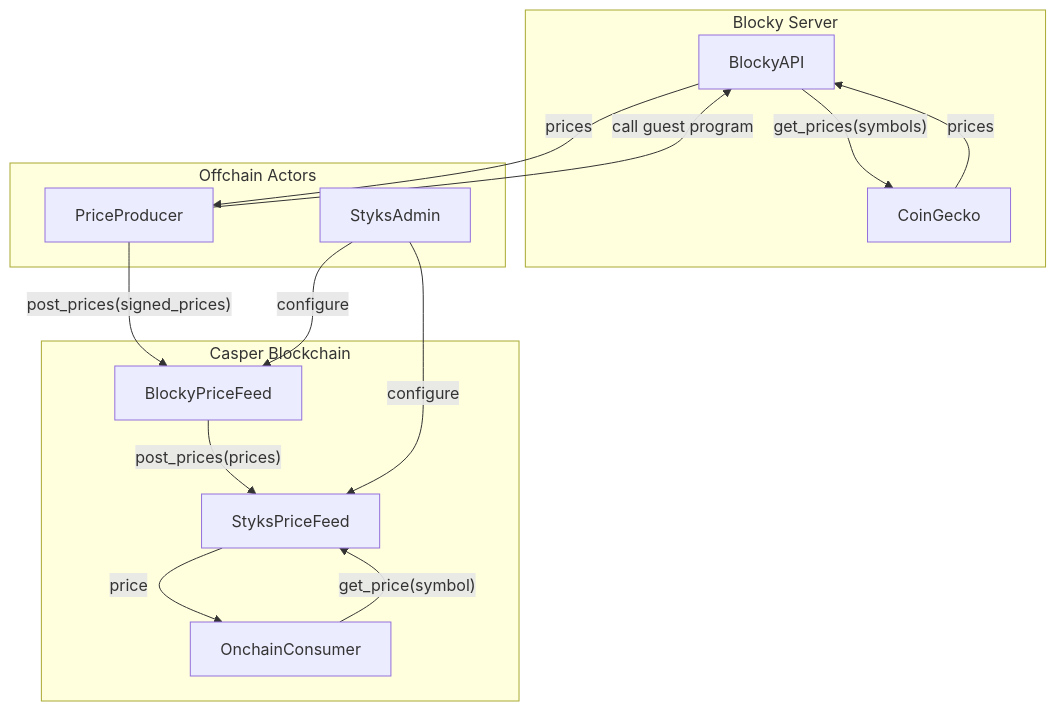
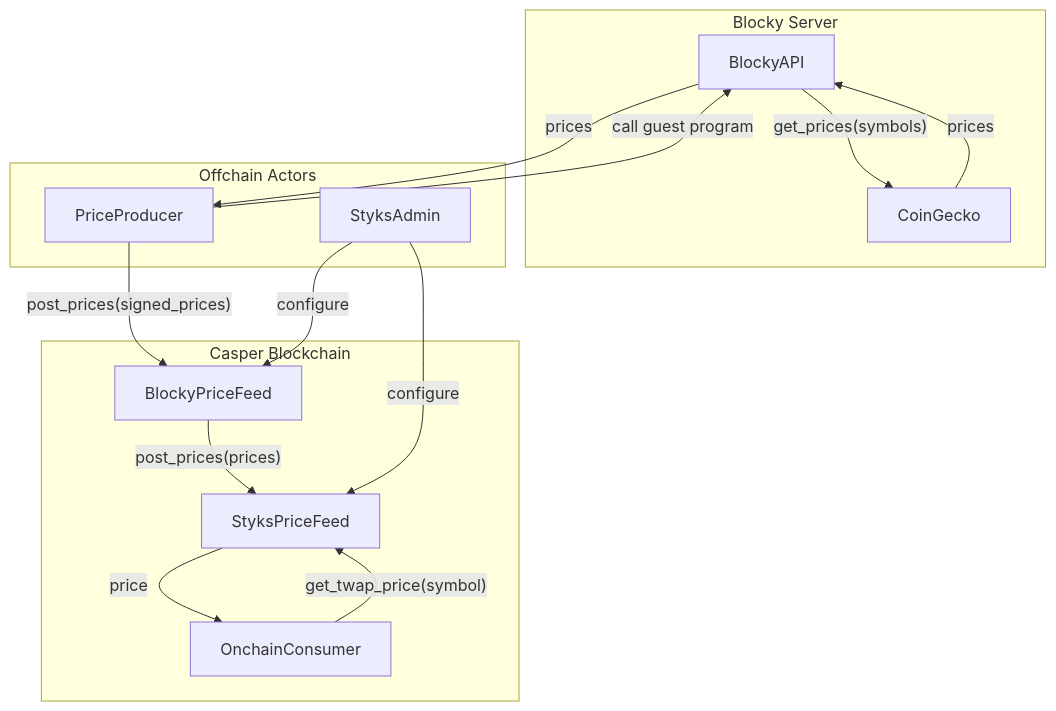
The first of 2 diagrams in README.md (odradev/styks), drawn with Mermaid before and after one commit. The commit also changed other lines of this file and 2 other files, not shown here.

````diff
--- a/README.md
+++ b/README.md
@@ -60,35 +74,35 @@
 ```mermaid
 
 flowchart TB
     subgraph Blocky Server
       BlockyAPI
       CoinGecko
     end
 
     subgraph Offchain Actors
       PriceProducer
       StyksAdmin
     end
 
     subgraph Casper Blockchain
       OnchainConsumer
       BlockyPriceFeed
       StyksPriceFeed
     end
 
     %% Retrieve the latest price.
-    OnchainConsumer -->|"get_price(symbol)"| StyksPriceFeed
+    OnchainConsumer -->|"get_twap_price(symbol)"| StyksPriceFeed
     StyksPriceFeed -->|price| OnchainConsumer
 
     %% Bringing the price onchain using blocky.
     PriceProducer -->|"call guest program"| BlockyAPI
     BlockyAPI -->|"get_prices(symbols)"| CoinGecko
     CoinGecko -->|"prices"| BlockyAPI
     BlockyAPI -->|"prices"| PriceProducer
     PriceProducer -->|"post_prices(signed_prices)"| BlockyPriceFeed
     BlockyPriceFeed -->|"post_prices(prices)"| StyksPriceFeed
 
     %% Define price feeds.
     StyksAdmin -->|"configure"| StyksPriceFeed
     StyksAdmin -->|"configure"| BlockyPriceFeed
 ```
````
